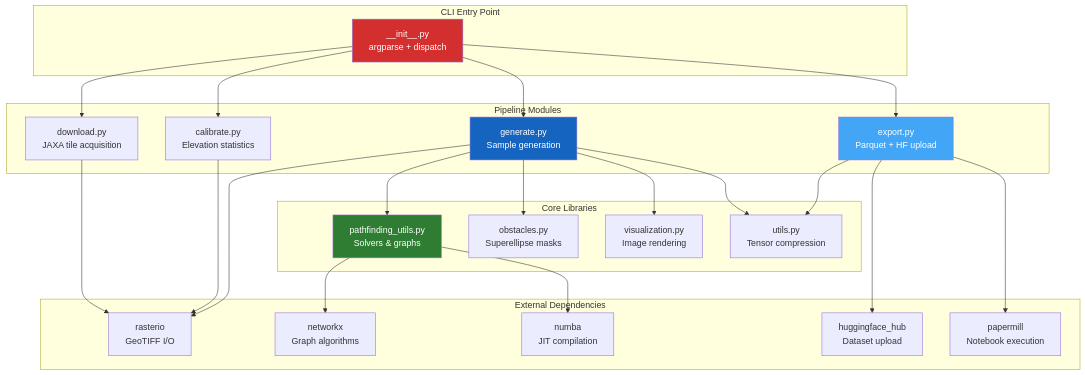
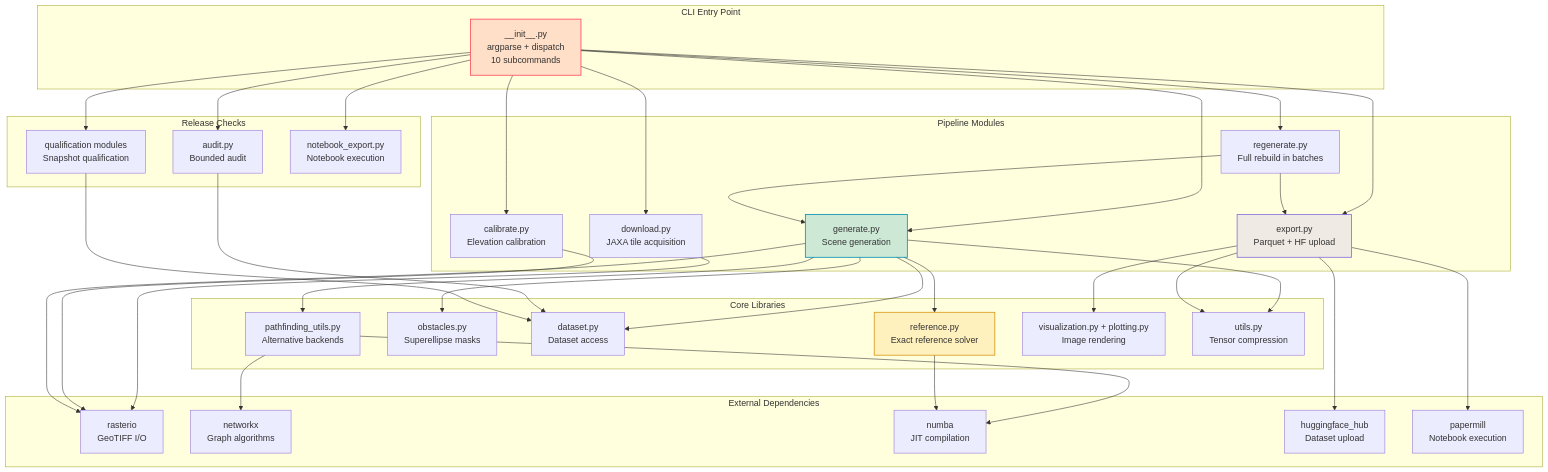
One commit to ThalesGroup/passage changed the diagram in docs/architecture/index.md. Above: the diagram before and after it, drawn with Mermaid. The commit also changed other lines of this file and 597 other files, not shown here.

````diff
--- a/docs/architecture/index.md
+++ b/docs/architecture/index.md
@@ -14,53 +14,73 @@
 ```mermaid
 graph TB
     subgraph CLI["CLI Entry Point"]
-        MAIN["__init__.py<br>argparse + dispatch"]
+        MAIN["__init__.py<br>argparse + dispatch<br>10 subcommands"]
     end
 
     subgraph Pipeline["Pipeline Modules"]
         DL["download.py<br>JAXA tile acquisition"]
-        CAL["calibrate.py<br>Elevation statistics"]
-        GEN["generate.py<br>Sample generation"]
+        CAL["calibrate.py<br>Elevation calibration"]
+        GEN["generate.py<br>Scene generation"]
         EXP["export.py<br>Parquet + HF upload"]
+        REG["regenerate.py<br>Full rebuild in batches"]
+    end
+
+    subgraph Release["Release Checks"]
+        AUD["audit.py<br>Bounded audit"]
+        QUA["qualification modules<br>Snapshot qualification"]
+        NB["notebook_export.py<br>Notebook execution"]
     end
 
     subgraph Core["Core Libraries"]
-        PF["pathfinding_utils.py<br>Solvers & graphs"]
+        REF["reference.py<br>Exact reference solver"]
         OBS["obstacles.py<br>Superellipse masks"]
-        VIZ["visualization.py<br>Image rendering"]
+        DS["dataset.py<br>Dataset access"]
+        PF["pathfinding_utils.py<br>Alternative backends"]
+        VIZ["visualization.py + plotting.py<br>Image rendering"]
         UTL["utils.py<br>Tensor compression"]
     end
 
     subgraph External["External Dependencies"]
         RASTERIO["rasterio<br>GeoTIFF I/O"]
         NX["networkx<br>Graph algorithms"]
         NUMBA["numba<br>JIT compilation"]
         HF["huggingface_hub<br>Dataset upload"]
         PM["papermill<br>Notebook execution"]
     end
 
     MAIN --> DL
     MAIN --> CAL
     MAIN --> GEN
     MAIN --> EXP
+    MAIN --> REG
+    MAIN --> AUD
+    MAIN --> QUA
+    MAIN --> NB
 
+    GEN --> REF
+    GEN --> OBS
+    GEN --> DS
+    GEN --> UTL
     GEN --> PF
-    GEN --> OBS
-    GEN --> VIZ
-    GEN --> UTL
+    REG --> GEN
+    REG --> EXP
 
     EXP --> UTL
+    EXP --> VIZ
     EXP --> PM
+    AUD --> DS
+    QUA --> DS
 
     DL --> RASTERIO
     CAL --> RASTERIO
     GEN --> RASTERIO
     PF --> NX
     PF --> NUMBA
+    REF --> NUMBA
     EXP --> HF
 
-    style MAIN fill:#D32F2F,color:#fff
-    style GEN fill:#1565C0,color:#fff
-    style PF fill:#2E7D32,color:#fff
-    style EXP fill:#42A5F5,color:#fff
+    style MAIN fill:#ff4d5e2e,stroke:#ff4d5e,stroke-width:1.5px
+    style GEN fill:#0891b233,stroke:#0891b2,stroke-width:1.5px
+    style REF fill:#ffb93833,stroke:#d99a1b,stroke-width:1.5px
+    style EXP fill:#a78bfa2e,stroke:#8b6fe0,stroke-width:1.5px
 ```
````
